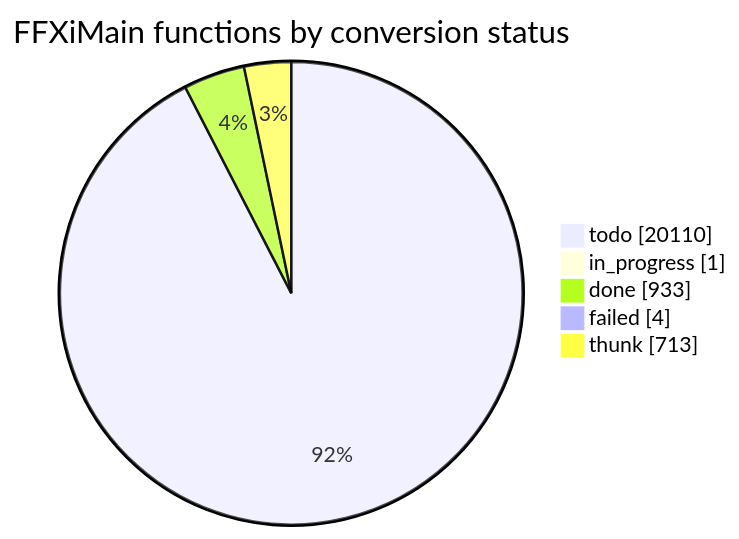
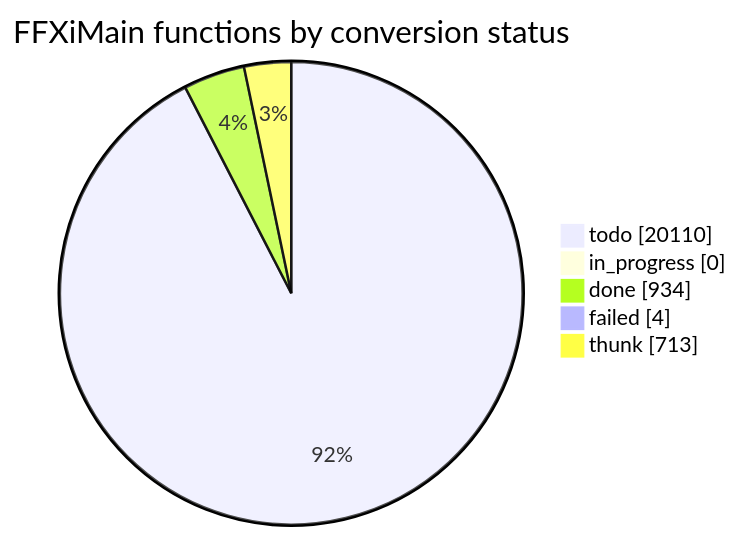
One commit to cowrevenge/cow_kuluu_xi_anything changed the diagram in docs/cow/STATUS.md. Above: the diagram before and after it, drawn with Mermaid. The commit also changed other lines of this file and 9 other files, not shown here.

````diff
--- a/docs/cow/STATUS.md
+++ b/docs/cow/STATUS.md
@@ -18,9 +18,9 @@
 ```mermaid
 pie showData
     title FFXiMain functions by conversion status
     "todo" : 20110
-    "in_progress" : 1
-    "done" : 933
+    "in_progress" : 0
+    "done" : 934
     "failed" : 4
     "thunk" : 713
 ```
````
